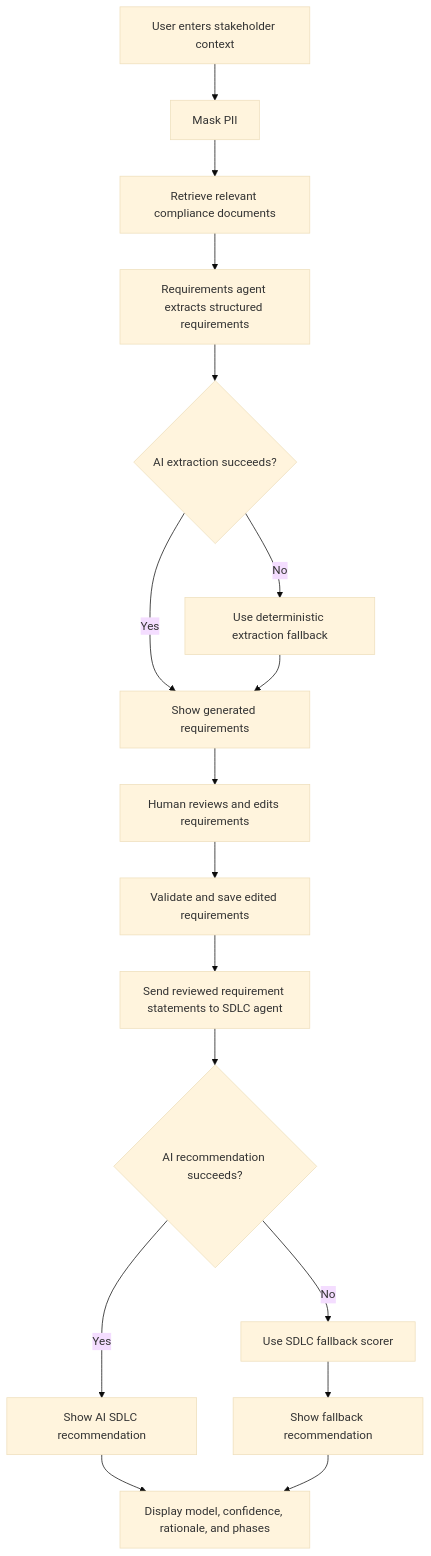
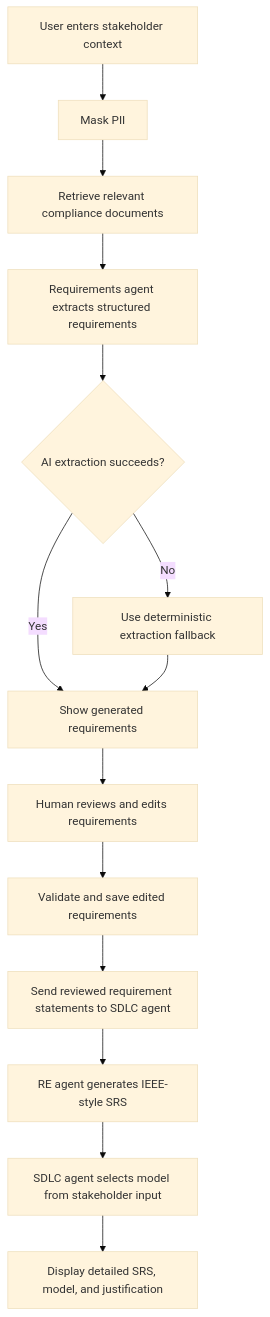
One commit to AdityaGayan/Fintech_AgenticAI changed the first of 2 diagrams in README.md. Above: the diagram before and after it, drawn with Mermaid (base theme). The commit also changed other lines of this file and 14 other files, not shown here.

Commit message:
implemented srs generation in ieee format

````diff
--- a/README.md
+++ b/README.md
@@ -27,19 +27,16 @@
 ```mermaid
 flowchart TD
     A[User enters stakeholder context] --> B[Mask PII]
     B --> C[Retrieve relevant compliance documents]
     C --> D[Requirements agent extracts structured requirements]
     D --> E{AI extraction succeeds?}
     E -->|Yes| F[Show generated requirements]
     E -->|No| G[Use deterministic extraction fallback]
     G --> F
     F --> H[Human reviews and edits requirements]
     H --> I[Validate and save edited requirements]
     I --> J[Send reviewed requirement statements to SDLC agent]
-    J --> K{AI recommendation succeeds?}
-    K -->|Yes| L[Show AI SDLC recommendation]
-    K -->|No| M[Use SDLC fallback scorer]
-    M --> N[Show fallback recommendation]
-    L --> O[Display model, confidence, rationale, and phases]
-    N --> O
+    J --> K[RE agent generates IEEE-style SRS]
+    K --> L[SDLC agent selects model from stakeholder input]
+    L --> M[Display detailed SRS, model, and justification]
 ```
````
